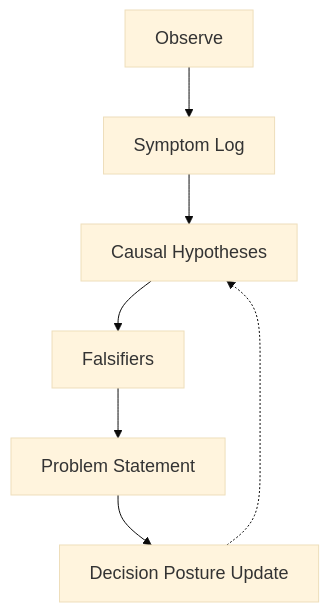
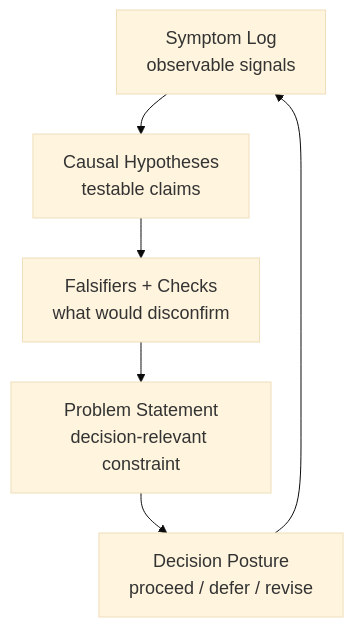
One commit to micro-canvas-framework/micro-canvas-framework.github.io changed the diagram in docs/book/phase-2/12-ProblemsAndOKRs.md. Above: the diagram before and after it, drawn with Mermaid. The commit also changed other lines of this file and 1 other file, not shown here.

````diff
--- a/docs/book/phase-2/12-ProblemsAndOKRs.md
+++ b/docs/book/phase-2/12-ProblemsAndOKRs.md
@@ -98,10 +149,9 @@
 ```mermaid
-%%{init: {"theme":"base","themeVariables":{"fontSize":"18px"}} }%%
+%%{init: {"theme":"base","flowchart":{"nodeSpacing":40,"rankSpacing":40},"themeVariables":{"fontSize":"18px"}} }%%
 flowchart TB
-  A[Observe] --> B[Symptom Log]
-  B --> C[Causal Hypotheses]
-  C --> D[Falsifiers]
-  D --> E[Problem Statement]
-  E --> F[Decision Posture Update]
-  F -.-> C
+  A[Symptom Log<br/>observable signals] --> B[Causal Hypotheses<br/>testable claims]
+  B --> C[Falsifiers + Checks<br/>what would disconfirm]
+  C --> D[Problem Statement<br/>decision-relevant constraint]
+  D --> E[Decision Posture<br/>proceed / defer / revise]
+  E --> A
 ```
````
